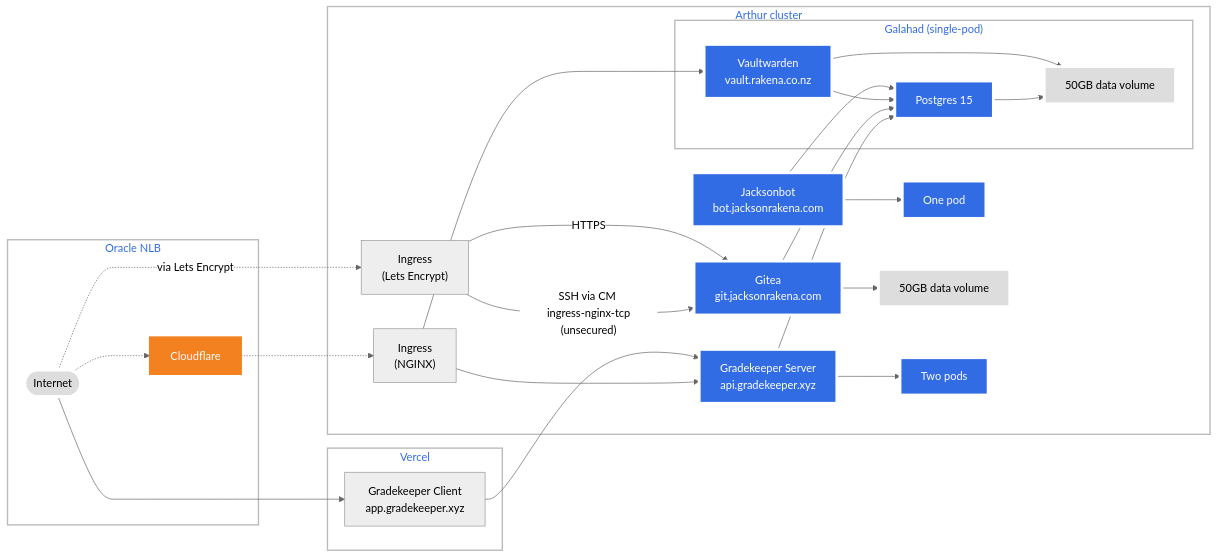
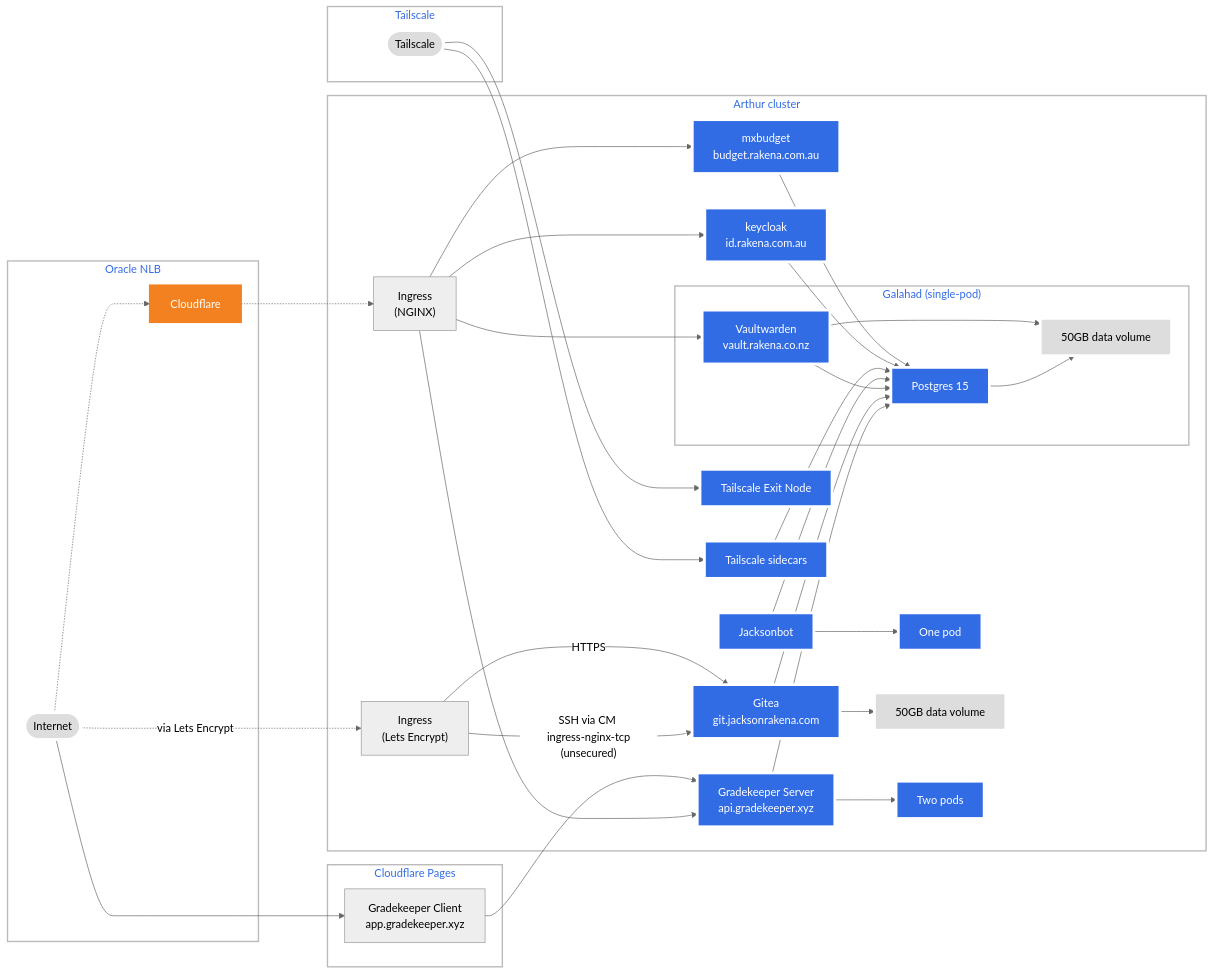
The diagram in README.md (jacksonrakena/infrastructure), drawn with Mermaid (neutral theme) before and after one commit.

Commit message:
Chart updates

````diff
--- a/README.md
+++ b/README.md
@@ -2,46 +2,58 @@
 ```mermaid
 graph LR;
  client([Internet]);
+ subgraph ts[Tailscale];
+ ts_devices([Tailscale]);
+ end;
  subgraph cf_tls[Oracle NLB];
  client-..->cf[Cloudflare];
  end;
- subgraph vercel[Vercel];
- client-->gk_frontend[Gradekeeper Client\napp.gradekeeper.xyz]
+ subgraph vercel[Cloudflare Pages];
+ client-->gk_frontend[Gradekeeper Client<br/>app.gradekeeper.xyz]
  end;
  gk_frontend-->gk;
- client-.via Lets Encrypt.->ingress_http["Ingress\n(Lets Encrypt)"];
+ client-.via Lets Encrypt.->ingress_http["Ingress<br/>(Lets Encrypt)"];
  cf-..->ingress["Ingress<br>(NGINX)"];
  subgraph cluster[Arthur cluster]
+ ingress-->identity;
+ ingress-->mxbudget;
+ mxbudget["mxbudget<br/>budget.rakena.com.au"]-->pg;
+ identity["keycloak<br/>id.rakena.com.au"]-->pg;
+ ts_devices-->tailscale_sidecar;
+ ts_devices-->tailscale_exitnode;
+ tailscale_exitnode[Tailscale Exit Node]
+ tailscale_sidecar[Tailscale sidecars];
+ tailscale_sidecar-->pg;
  ingress_http;
  ingress;
- ingress-->gk["Gradekeeper Server\napi.gradekeeper.xyz"];
- ingress-->vw["Vaultwarden\nvault.rakena.co.nz"];
- ingress_http-->|HTTPS|gitea["Gitea\ngit.jacksonrakena.com"];
- ingress_http-->|"SSH via CM \n ingress-nginx-tcp (unsecured)"|gitea;
- jb["Jacksonbot\nbot.jacksonrakena.com"];
+ ingress-->gk["Gradekeeper Server<br/>api.gradekeeper.xyz"];
+ ingress-->vw["Vaultwarden<br/>vault.rakena.co.nz"];
+ ingress_http-->|HTTPS|gitea["Gitea<br/>git.jacksonrakena.com"];
+ ingress_http-->|"SSH via CM <br/> ingress-nginx-tcp (unsecured)"|gitea;
+ jb["Jacksonbot"];
  jb-->jb_onepod[One pod];
  jb-->pg;
  subgraph galahad["Galahad (single-pod)"]
  vw;
  pg[Postgres 15];
  vw-->pg;
  agd[50GB data volume];
  vw-->agd;
  pg-->agd;
  end
  gitea;
  gitea-->gdv[50GB data volume];
  gitea-->pg;
  gk-->pg;
  gk-->gk_twopods[Two pods];
  end
  classDef plain fill:#ddd,stroke:#fff,stroke-width:4px,color:#000;
  classDef k8s fill:#326ce5,stroke:#fff,stroke-width:4px,color:#fff;
  classDef cluster fill:#fff,stroke:#bbb,stroke-width:2px,color:#326ce5;
  classDef cloudflare fill:#F48120,stroke:#F48120,stroke-width:2px,color:white;
- class jb,mc,gitea,jb_onepod,service,pod1,pod2,gk,sa,vw,pg,gk_twopods,sa_twopods k8s;
- class client plain;
+ class jb,identity,mxbudget,tailscale_sidecar,tailscale_exitnode,mc,gitea,jb_onepod,service,pod1,pod2,gk,sa,vw,pg,gk_twopods,sa_twopods k8s;
+ class client,ts_devices plain;
  class agd,gdv plain;
  class cf cloudflare;
  class cluster cluster;
 ```
````
